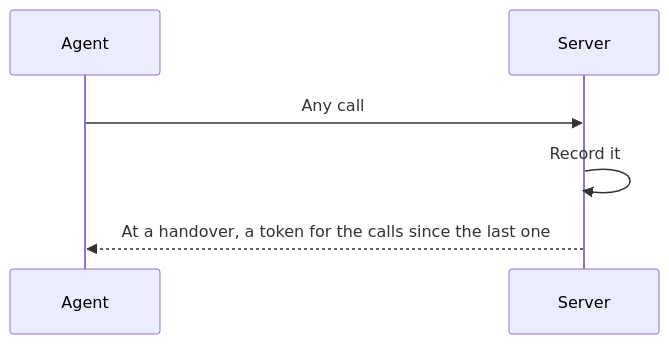
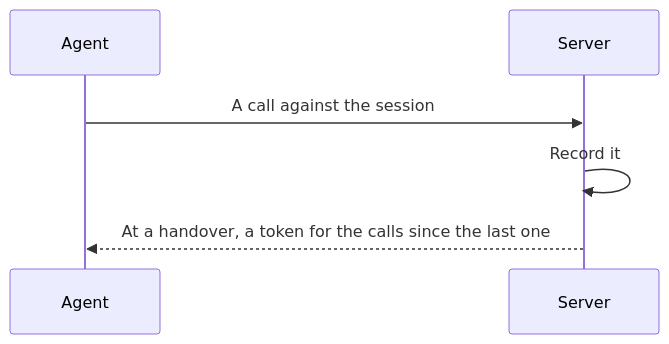
Diagram 13 of 16 in docs/fidelity.md (m2ux/workflow-server), drawn with Mermaid before and after one commit. The commit also changed other lines of this file and 16 other files, not shown here.

````diff
--- a/docs/fidelity.md
+++ b/docs/fidelity.md
@@ -337,8 +335,8 @@
 ```mermaid
 sequenceDiagram
   participant Agent
   participant Server
-  Agent->>Server: Any call
+  Agent->>Server: A call against the session
   Server->>Server: Record it
   Server-->>Agent: At a handover, a token for the calls since the last one
 ```
````
